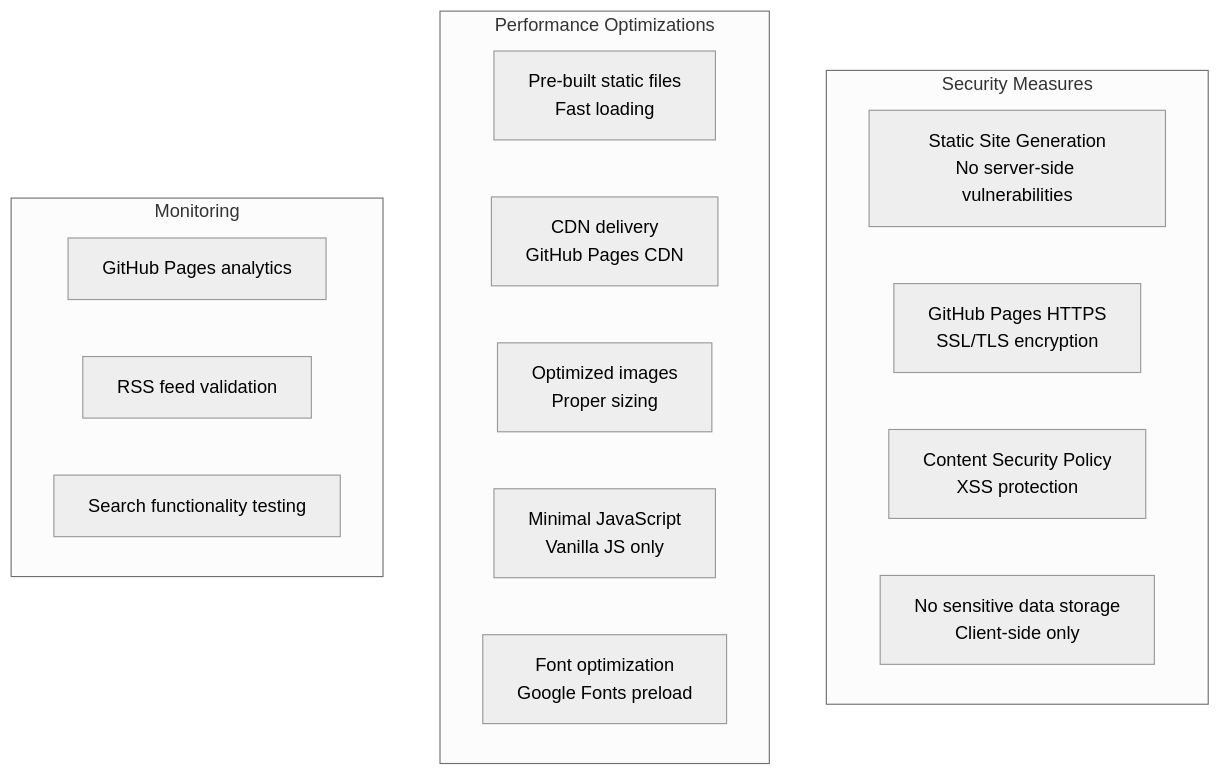
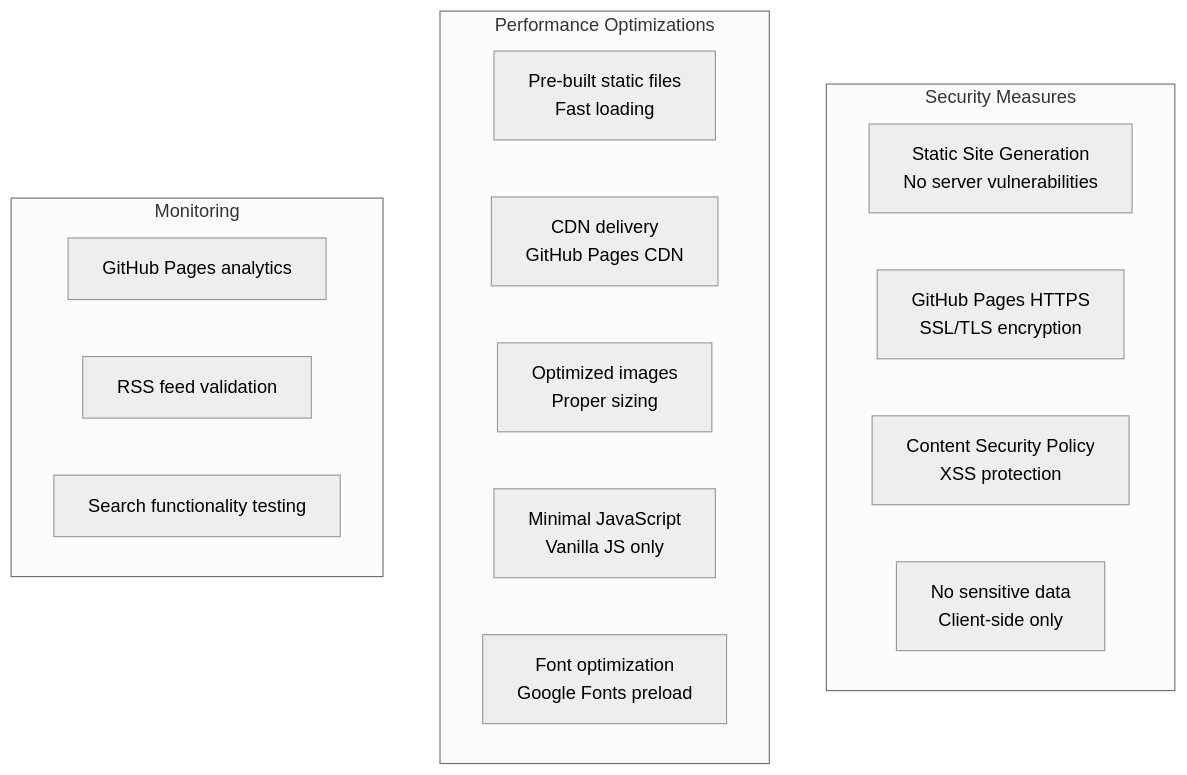
Diagram 12 of 12 in docs/architecture-diagrams.md (ikristina/ikristina.github.io), drawn with Mermaid (neutral theme) before and after one commit. The commit also changed other lines of this file and 18 other files, not shown here.

First line of the commit message:
Fix diagrams, syntax highlighting, and pagination

````diff
--- a/docs/architecture-diagrams.md
+++ b/docs/architecture-diagrams.md
@@ -348,23 +348,23 @@
 ```mermaid
 graph TB
-    subgraph "Security Measures"
-        A[Static Site Generation<br/>No server-side vulnerabilities]
+    subgraph Security["Security Measures"]
+        A[Static Site Generation<br/>No server vulnerabilities]
         B[GitHub Pages HTTPS<br/>SSL/TLS encryption]
         C[Content Security Policy<br/>XSS protection]
-        D[No sensitive data storage<br/>Client-side only]
+        D[No sensitive data<br/>Client-side only]
     end
     
-    subgraph "Performance Optimizations"
+    subgraph Performance["Performance Optimizations"]
         E[Pre-built static files<br/>Fast loading]
         F[CDN delivery<br/>GitHub Pages CDN]
         G[Optimized images<br/>Proper sizing]
         H[Minimal JavaScript<br/>Vanilla JS only]
         I[Font optimization<br/>Google Fonts preload]
     end
     
-    subgraph "Monitoring"
+    subgraph Monitoring["Monitoring"]
         J[GitHub Pages analytics]
         K[RSS feed validation]
         L[Search functionality testing]
     end
 ```
````
